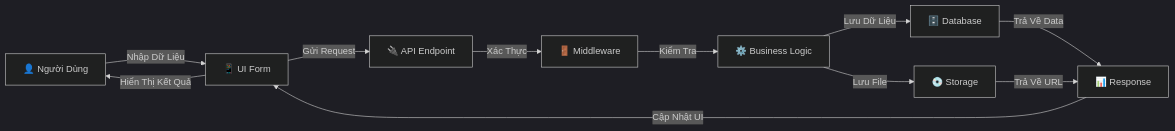
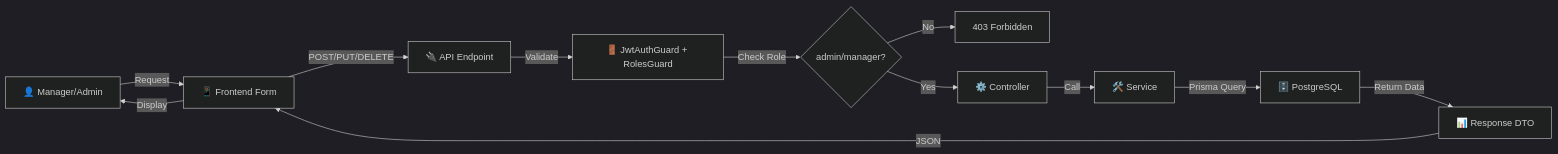
The tenth of 12 diagrams in docs/diagrams/MENU_MANAGEMENT_DIAGRAMS.md (huy1235588/restaurant-management), drawn with Mermaid (dark theme) before and after one commit. The commit also changed other lines of this file and 18 other files, not shown here.

Commit message:
Update documentation for Order Management, Reservation Management, and Staff Management modules to reflect real-world implementation as of June 2025. Enhance data structures, API endpoints, and feature descriptions while noting future development plans and integration details.

````diff
--- a/docs/diagrams/MENU_MANAGEMENT_DIAGRAMS.md
+++ b/docs/diagrams/MENU_MANAGEMENT_DIAGRAMS.md
@@ -449,13 +346,14 @@
 ```mermaid
 graph LR
-    A["👤 Người Dùng"] -->|Nhập Dữ Liệu| B["📱 UI Form"]
-    B -->|Gửi Request| C["🔌 API Endpoint"]
-    C -->|Xác Thực| D["🚪 Middleware"]
-    D -->|Kiểm Tra| E["⚙️ Business Logic"]
-    E -->|Lưu Dữ Liệu| F["🗄️ Database"]
-    E -->|Lưu File| G["💿 Storage"]
-    F -->|Trả Về Data| H["📊 Response"]
-    G -->|Trả Về URL| H
-    H -->|Cập Nhật UI| B
-    B -->|Hiển Thị Kết Quả| A
+    A["👤 Manager/Admin"] -->|Request| B["📱 Frontend Form"]
+    B -->|POST/PUT/DELETE| C["🔌 API Endpoint"]
+    C -->|Validate| D["🚪 JwtAuthGuard + RolesGuard"]
+    D -->|Check Role| E{"admin/manager?"}
+    E -->|No| F["403 Forbidden"]
+    E -->|Yes| G["⚙️ Controller"]
+    G -->|Call| H["🛠️ Service"]
+    H -->|Prisma Query| I["🗄️ PostgreSQL"]
+    I -->|Return Data| J["📊 Response DTO"]
+    J -->|JSON| B
+    B -->|Display| A
 ```
````
